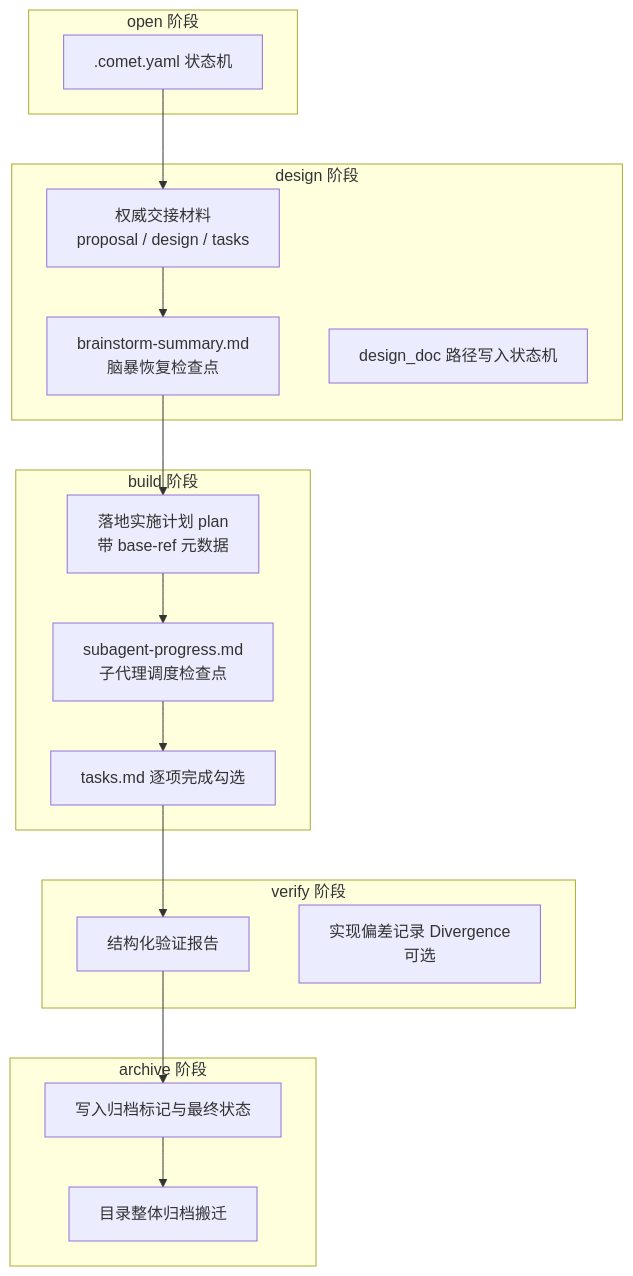
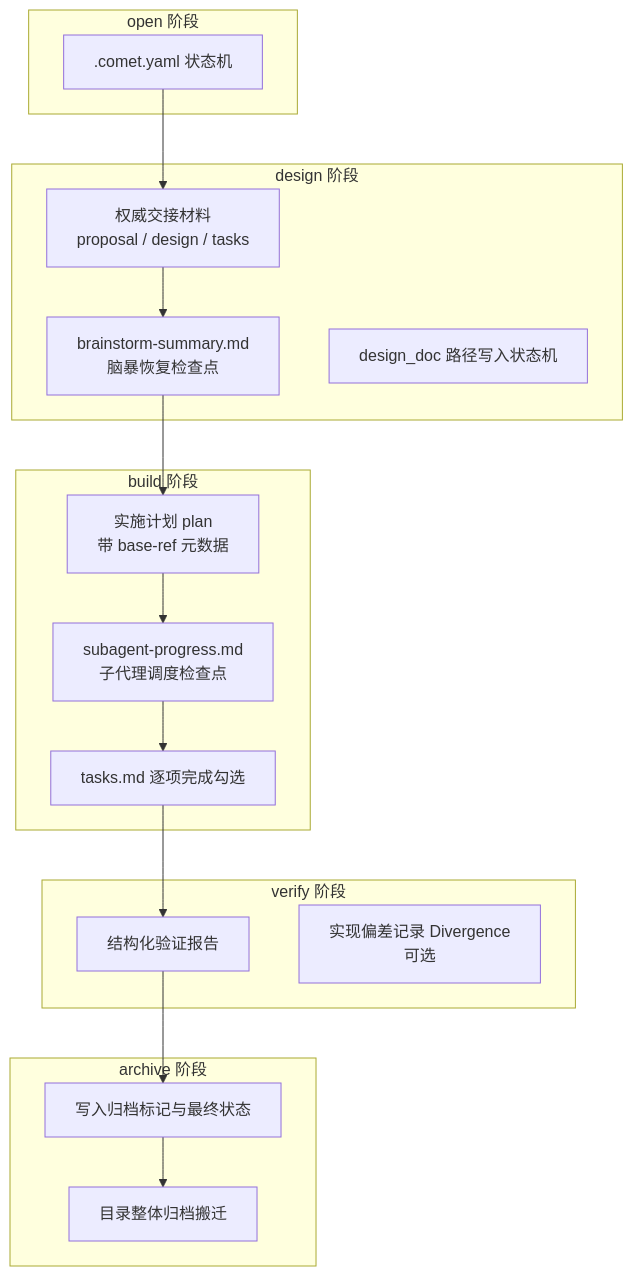
The diagram in zh/concepts/intermediate-artifacts.mdx (rpamis/comet-website-docs), drawn with Mermaid before and after one commit. The commit also changed other lines of this file and 102 other files, not shown here.

````diff
--- a/zh/concepts/intermediate-artifacts.mdx
+++ b/zh/concepts/intermediate-artifacts.mdx
@@ -13,32 +13,32 @@
 ```mermaid
 flowchart TD
   subgraph open["open 阶段"]
     O1[".comet.yaml 状态机"]
   end
   subgraph design["design 阶段"]
     D1["权威交接材料<br/>proposal / design / tasks"]
     D2["brainstorm-summary.md<br/>脑暴恢复检查点"]
     D3["design_doc 路径写入状态机"]
   end
   subgraph build["build 阶段"]
-    B1["落地实施计划 plan<br/>带 base-ref 元数据"]
+    B1["实施计划 plan<br/>带 base-ref 元数据"]
     B2["subagent-progress.md<br/>子代理调度检查点"]
     B3["tasks.md 逐项完成勾选"]
   end
   subgraph verify["verify 阶段"]
     V1["结构化验证报告"]
     V2["实现偏差记录 Divergence<br/>可选"]
   end
   subgraph archive["archive 阶段"]
     A1["写入归档标记与最终状态"]
     A2["目录整体归档搬迁"]
   end
   O1 --> D1
   D1 --> D2
   D2 --> B1
   B1 --> B2
   B2 --> B3
   B3 --> V1
   V1 --> A1
   A1 --> A2
 ```
````
